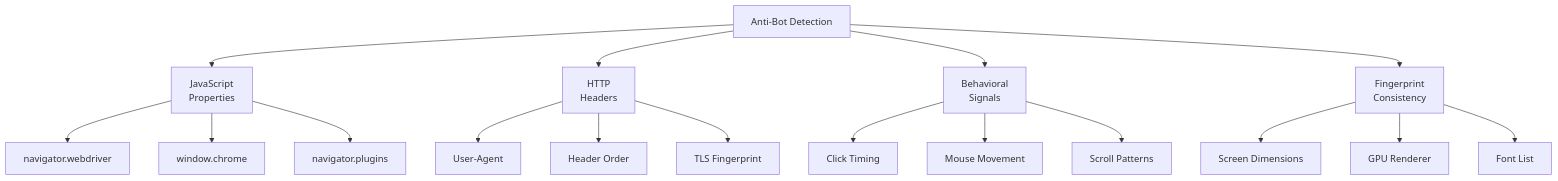
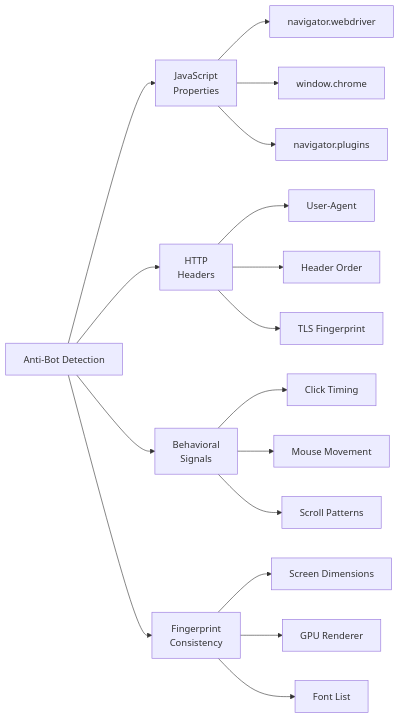
Before and after one commit to bytetunnels/bytetunnels.github.com: the first of 4 diagrams in _posts/2026-02-24-anti-bot-evasion-playwright-techniques-that-work.md, drawn with Mermaid. The commit also changed other lines of this file and 118 other files, not shown here.

Commit message:
feat: improve diagram styling and compact wide flowcharts

````diff
--- a/_posts/2026-02-24-anti-bot-evasion-playwright-techniques-that-work.md
+++ b/_posts/2026-02-24-anti-bot-evasion-playwright-techniques-that-work.md
@@ -19,19 +19,19 @@
 ```mermaid
-graph TD
-    A[Anti-Bot Detection] --> B[JavaScript<br>Properties]
-    A --> C[HTTP<br>Headers]
-    A --> D[Behavioral<br>Signals]
-    A --> E[Fingerprint<br>Consistency]
+graph LR
+    A[Anti-Bot Detection] --> B["JavaScript<br/>Properties"]
+    A --> C["HTTP<br/>Headers"]
+    A --> D["Behavioral<br/>Signals"]
+    A --> E["Fingerprint<br/>Consistency"]
     B --> B1[navigator.webdriver]
     B --> B2[window.chrome]
     B --> B3[navigator.plugins]
     C --> C1[User-Agent]
     C --> C2[Header Order]
     C --> C3[TLS Fingerprint]
     D --> D1[Click Timing]
     D --> D2[Mouse Movement]
     D --> D3[Scroll Patterns]
     E --> E1[Screen Dimensions]
     E --> E2[GPU Renderer]
     E --> E3[Font List]
 ```
````
